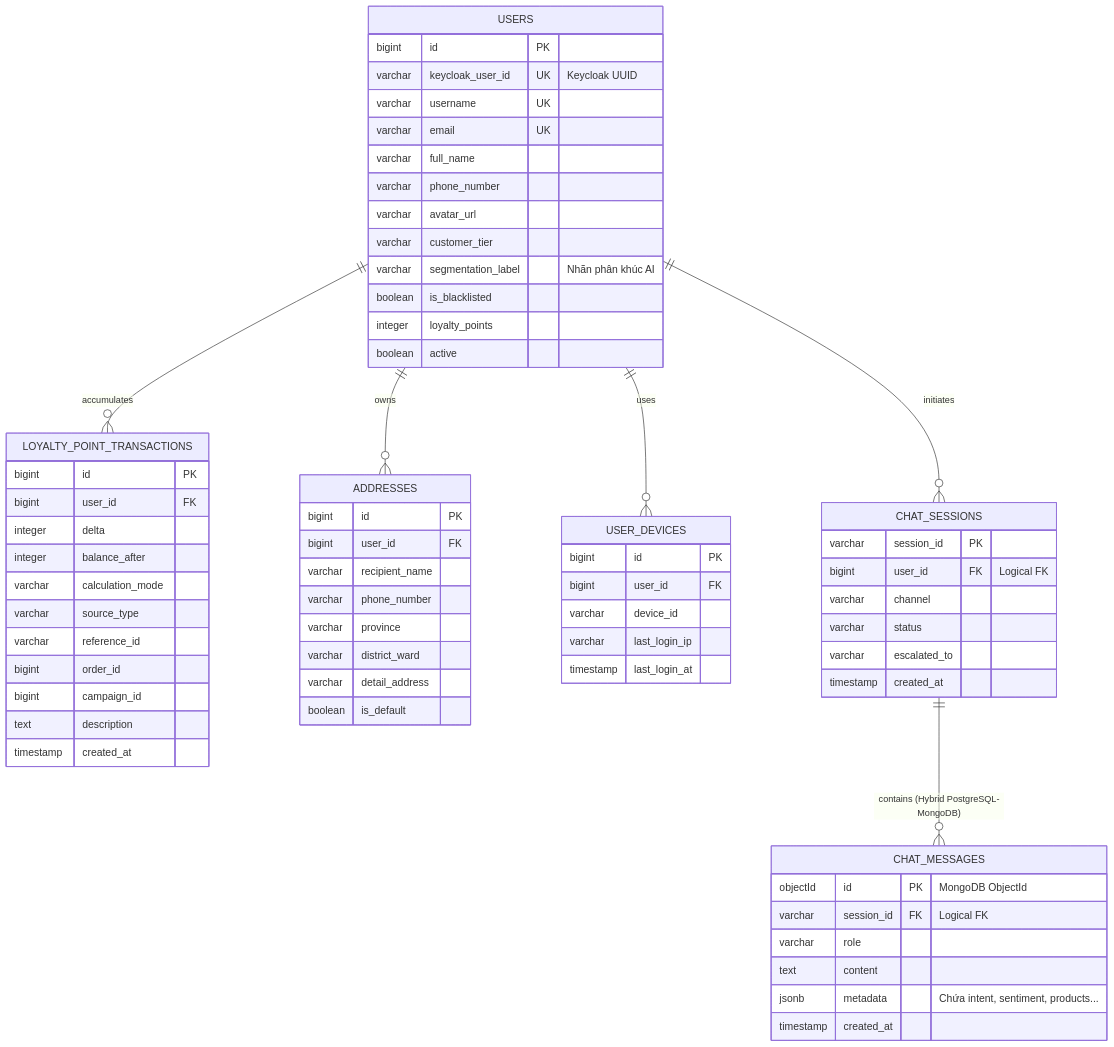
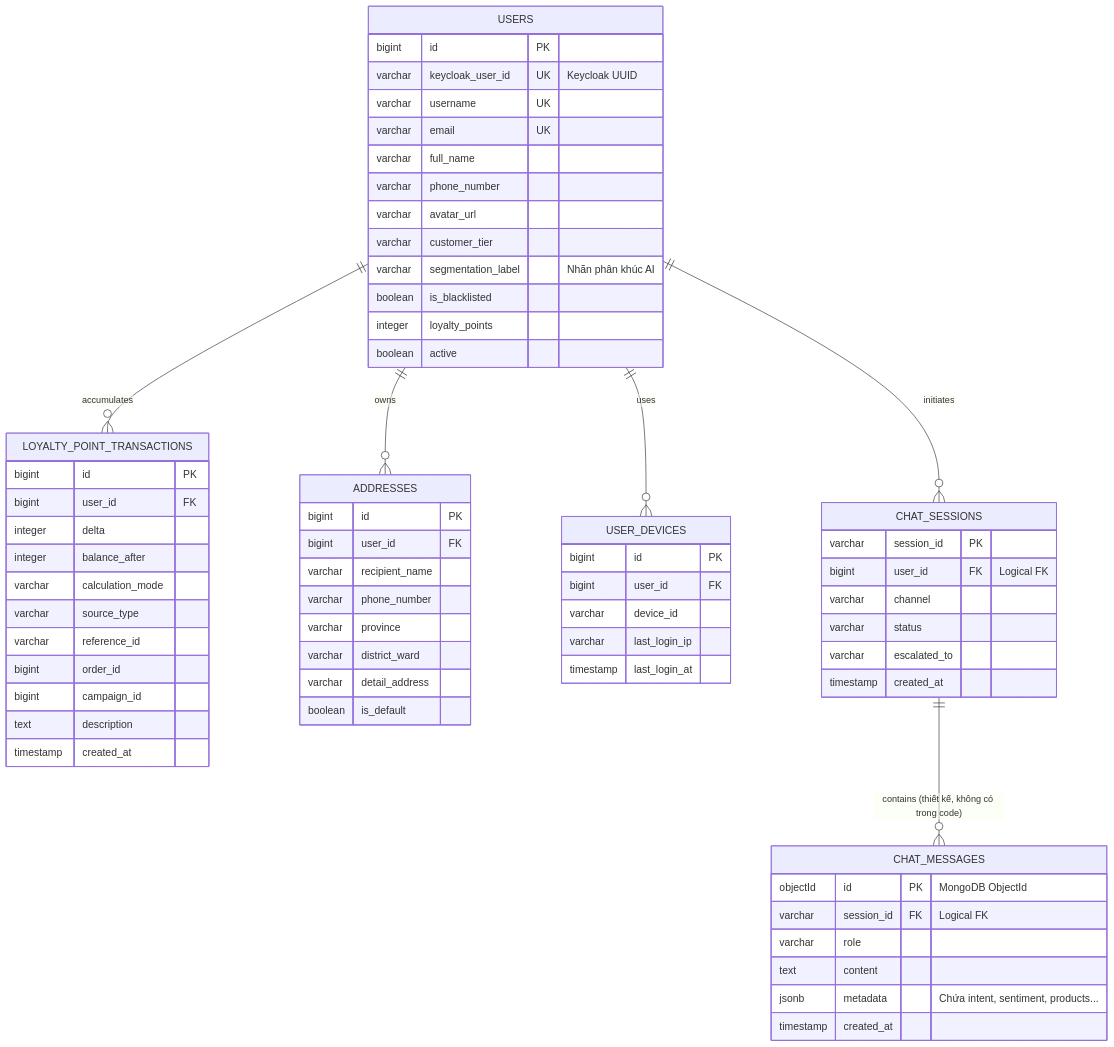
One commit to Thuannd24/Graduation-Project changed the diagram in docs/services/01_IDENTITY_USER_SERVICE.md. Above: the diagram before and after it, drawn with Mermaid. The commit also changed other lines of this file and 19 other files, not shown here.

````diff
--- a/docs/services/01_IDENTITY_USER_SERVICE.md
+++ b/docs/services/01_IDENTITY_USER_SERVICE.md
@@ -345,69 +364,69 @@
 ```mermaid
 erDiagram
     USERS {
         bigint id PK
         varchar keycloak_user_id UK "Keycloak UUID"
         varchar username UK
         varchar email UK
         varchar full_name
         varchar phone_number
         varchar avatar_url
         varchar customer_tier
         varchar segmentation_label "Nhãn phân khúc AI"
         boolean is_blacklisted
         integer loyalty_points
         boolean active
     }
     LOYALTY_POINT_TRANSACTIONS {
         bigint id PK
         bigint user_id FK
         integer delta
         integer balance_after
         varchar calculation_mode
         varchar source_type
         varchar reference_id
         bigint order_id
         bigint campaign_id
         text description
         timestamp created_at
     }
     ADDRESSES {
         bigint id PK
         bigint user_id FK
         varchar recipient_name
         varchar phone_number
         varchar province
         varchar district_ward
         varchar detail_address
         boolean is_default
     }
     USER_DEVICES {
         bigint id PK
         bigint user_id FK
         varchar device_id
         varchar last_login_ip
         timestamp last_login_at
     }
     CHAT_SESSIONS {
         varchar session_id PK
         bigint user_id FK "Logical FK"
         varchar channel
         varchar status
         varchar escalated_to
         timestamp created_at
     }
     CHAT_MESSAGES {
         objectId id PK "MongoDB ObjectId"
         varchar session_id FK "Logical FK"
         varchar role
         text content
         jsonb metadata "Chứa intent, sentiment, products..."
         timestamp created_at
     }
 
     USERS ||--o{ LOYALTY_POINT_TRANSACTIONS : "accumulates"
     USERS ||--o{ ADDRESSES : "owns"
     USERS ||--o{ USER_DEVICES : "uses"
     USERS ||--o{ CHAT_SESSIONS : "initiates"
-    CHAT_SESSIONS ||--o{ CHAT_MESSAGES : "contains (Hybrid PostgreSQL-MongoDB)"
+    CHAT_SESSIONS ||--o{ CHAT_MESSAGES : "contains (thiết kế, không có trong code)"
 ```
````
